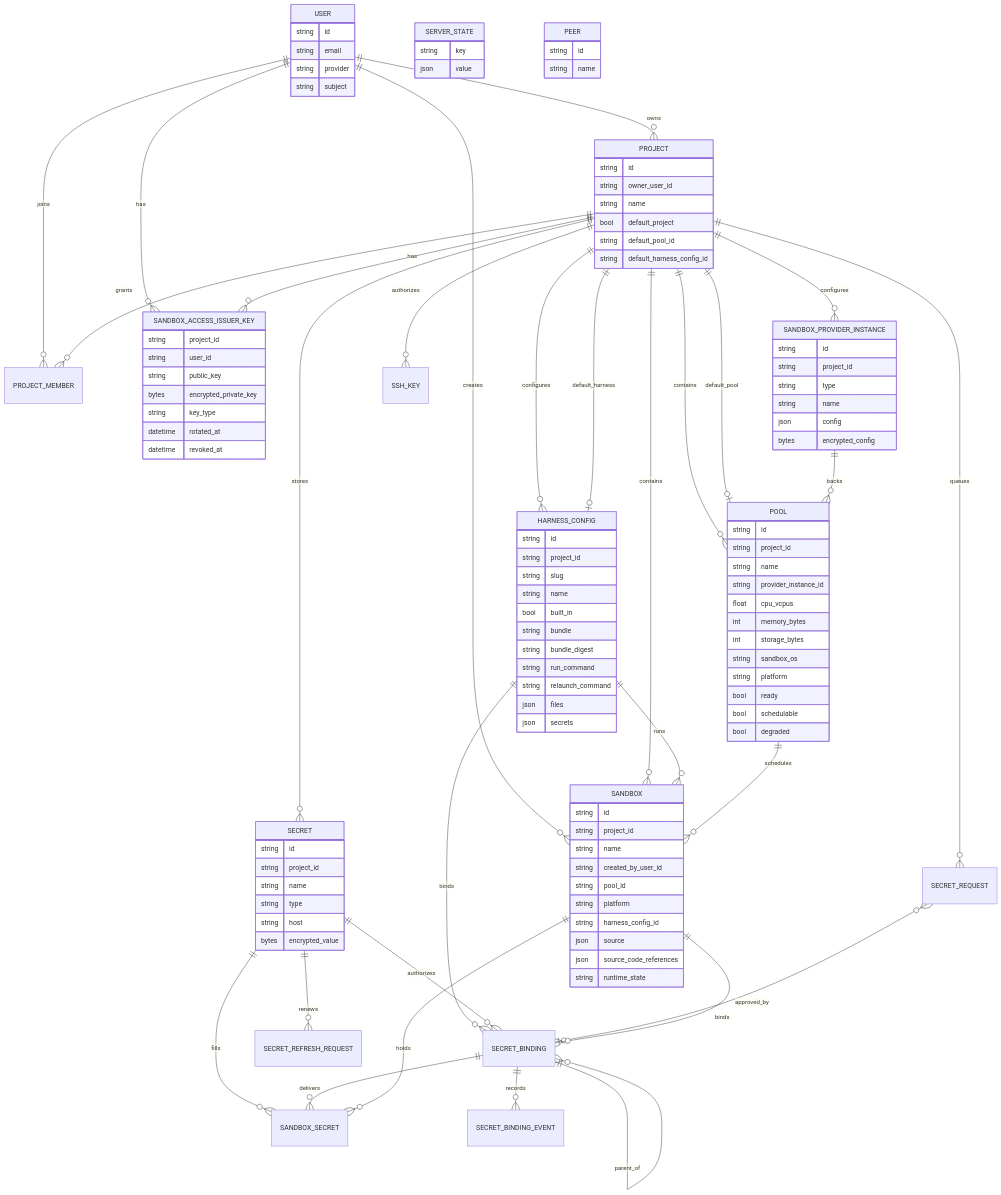
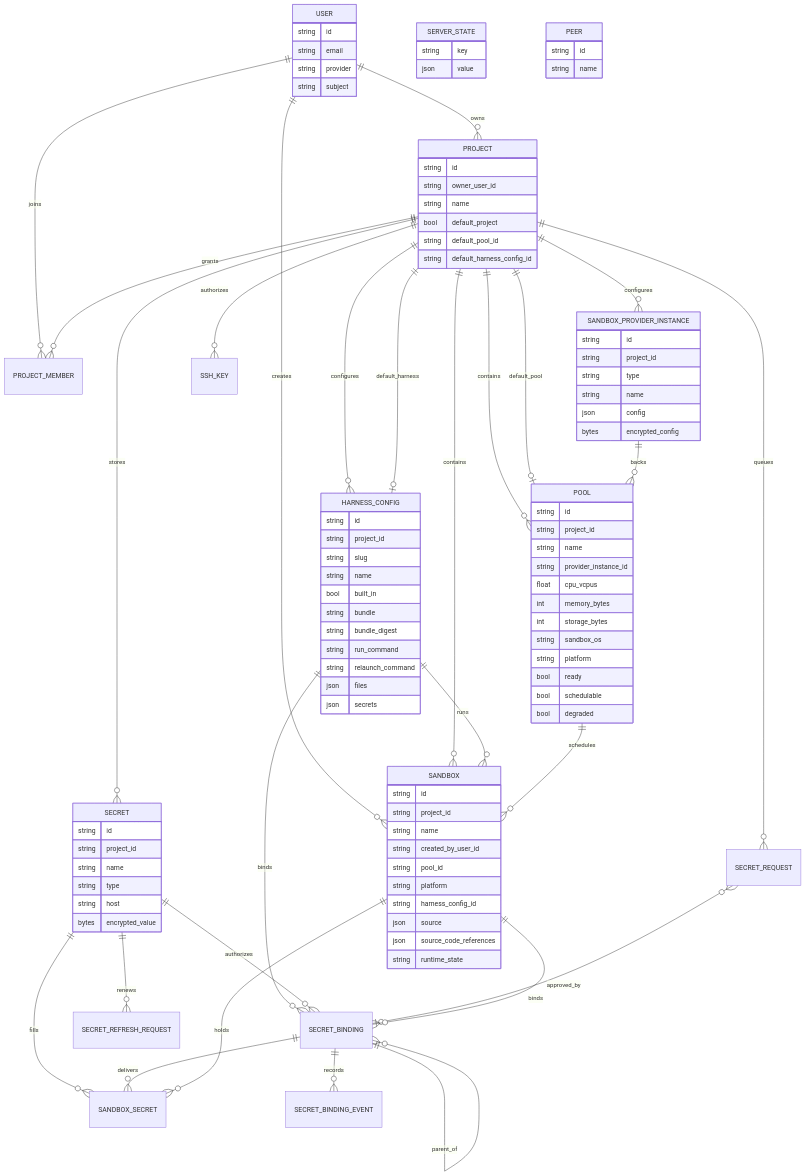
One commit to discobox-ai/discobox changed the diagram in server/internal/model/DESIGN.md. Above: the diagram before and after it, drawn with Mermaid. The commit also changed other lines of this file and 30 other files, not shown here.

First line of the commit message:
refactor(server): remove the unverified sandbox trust key

```diff
--- a/server/internal/model/DESIGN.md
+++ b/server/internal/model/DESIGN.md
@@ -132,14 +131,12 @@
     USER ||--o{ PROJECT : owns
     USER ||--o{ PROJECT_MEMBER : joins
     USER ||--o{ SANDBOX : creates
-    USER ||--o{ SANDBOX_ACCESS_ISSUER_KEY : has
 
     PROJECT ||--o{ PROJECT_MEMBER : grants
     PROJECT ||--o{ SANDBOX : contains
     PROJECT ||--o{ SANDBOX_PROVIDER_INSTANCE : configures
     PROJECT ||--o{ POOL : contains
     PROJECT ||--o{ HARNESS_CONFIG : configures
-    PROJECT ||--o{ SANDBOX_ACCESS_ISSUER_KEY : has
     PROJECT ||--o{ SECRET : stores
     PROJECT ||--o{ SECRET_REQUEST : queues
     PROJECT ||--o{ SSH_KEY : authorizes
@@ -239,16 +236,6 @@
     }
 
 
-    SANDBOX_ACCESS_ISSUER_KEY {
-        string project_id
-        string user_id
-        string public_key
-        bytes encrypted_private_key
-        string key_type
-        datetime rotated_at
-        datetime revoked_at
-    }
-
     SECRET {
         string id
         string project_id
```
